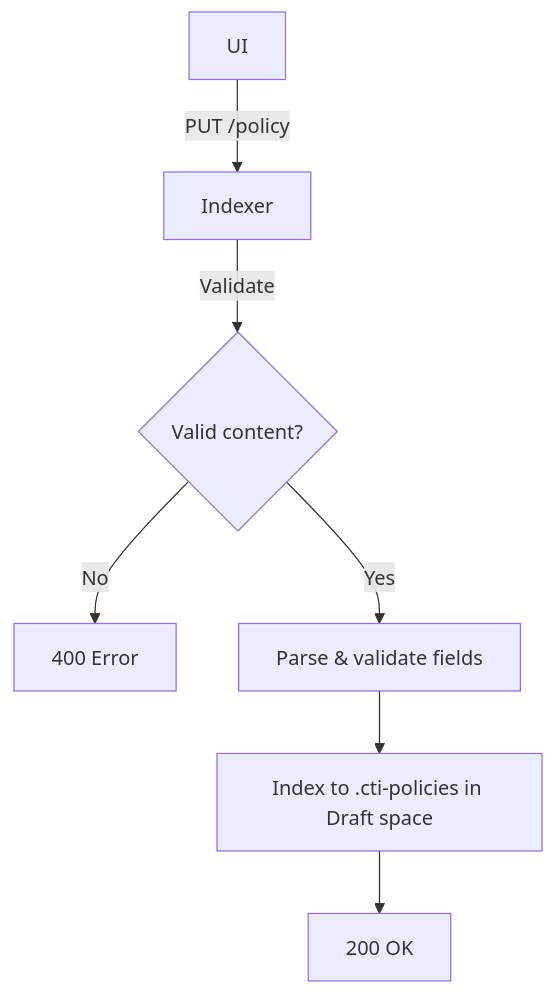
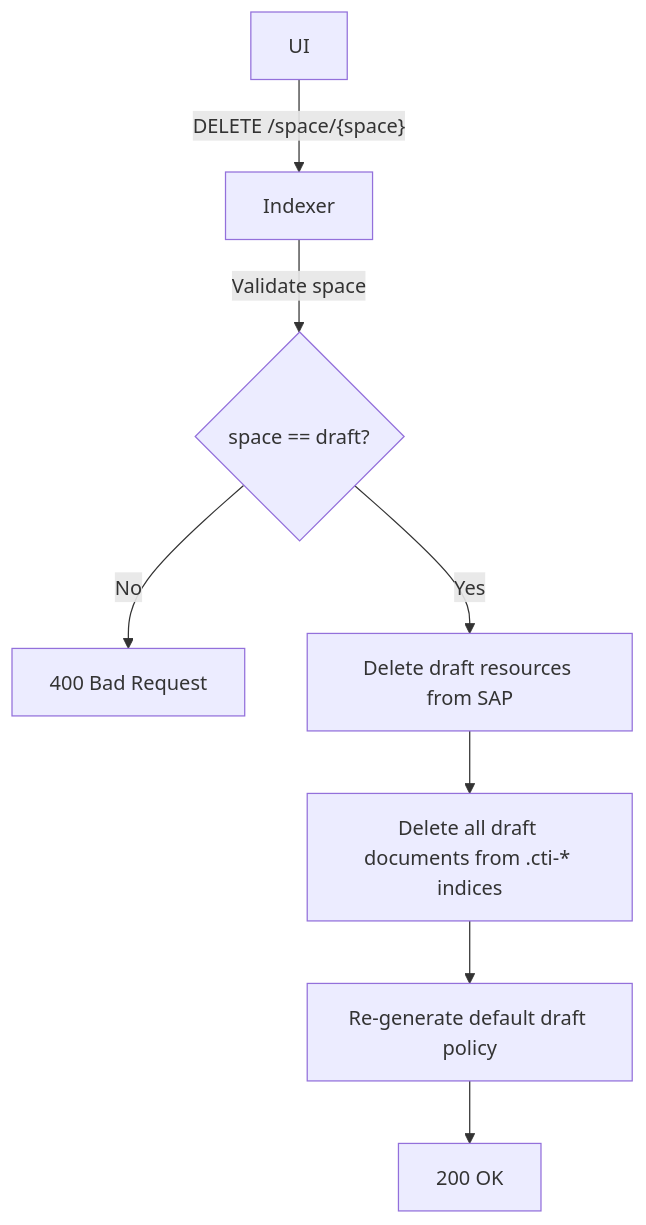
The tenth of 10 diagrams in docs/dev/plugins/content-manager.md (wazuh/wazuh-indexer-plugins), drawn with Mermaid before and after one commit. The commit also changed other lines of this file and 12 other files, not shown here.

````diff
--- a/docs/dev/plugins/content-manager.md
+++ b/docs/dev/plugins/content-manager.md
@@ -507,9 +619,10 @@
 ```mermaid
 flowchart TD
-    UI[UI] -->|PUT /policy| Indexer
-    Indexer -->|Validate| Check{Valid content?}
-    Check -->|No| Error[400 Error]
-    Check -->|Yes| Parse[Parse & validate fields]
-    Parse --> Store[Index to .cti-policies in Draft space]
-    Store --> OK[200 OK]
+    UI[UI] -->|"DELETE /space/{space}"| Indexer
+    Indexer -->|Validate space| Check{space == draft?}
+    Check -->|No| Error400[400 Bad Request]
+    Check -->|Yes| DeleteSAP[Delete draft resources from SAP]
+    DeleteSAP --> DeleteCTI[Delete all draft documents from .cti-* indices]
+    DeleteCTI --> RegenPolicy[Re-generate default draft policy]
+    RegenPolicy --> OK[200 OK]
 ```
````
